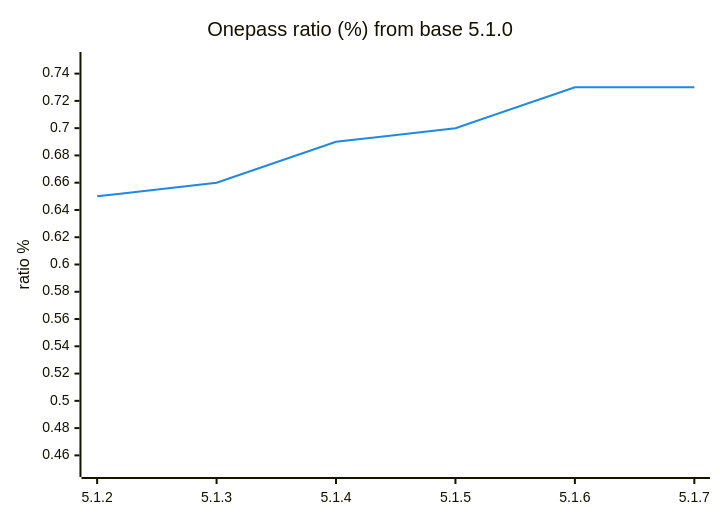
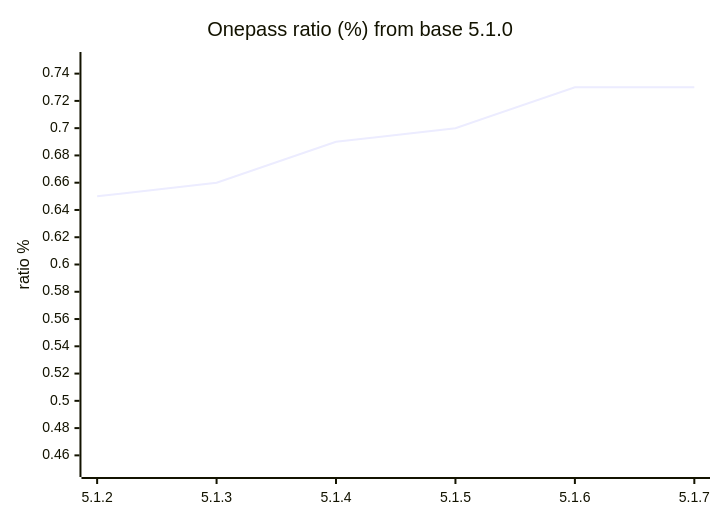
One commit to darrelllong/Delta-Compression changed the fifth of 10 diagrams in ANALYSIS.md. Above: the diagram before and after it, drawn with Mermaid. The commit also changed other lines of this file, not shown here.

````diff
--- a/ANALYSIS.md
+++ b/ANALYSIS.md
@@ -572,8 +572,8 @@
 ```mermaid
-%%{init: {'theme': 'base', 'themeVariables': {'xyChart': {'plotColorPalette': '#1e88e5'}}}}%%
+%%{init: {"xyChart": {"plotColorPalette": "#e65100"}}}%%
 xychart-beta
     title "Onepass ratio (%) from base 5.1.0"
     x-axis ["5.1.2", "5.1.3", "5.1.4", "5.1.5", "5.1.6", "5.1.7"]
     y-axis "ratio %" 0.45 --> 0.75
     line [0.65, 0.66, 0.69, 0.70, 0.73, 0.73]
 ```
````
